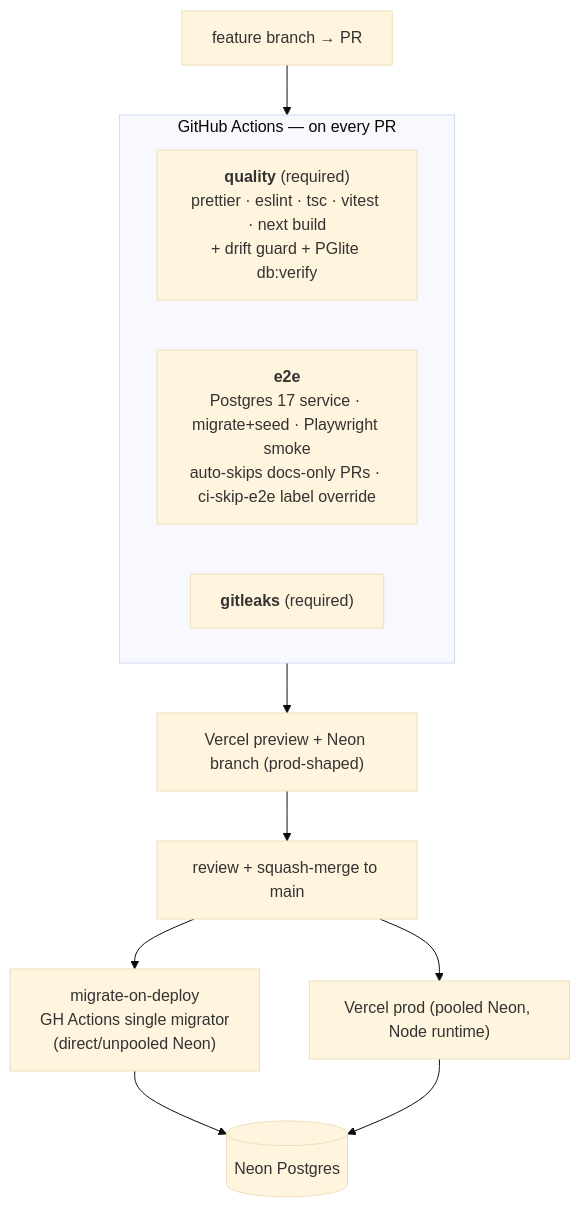
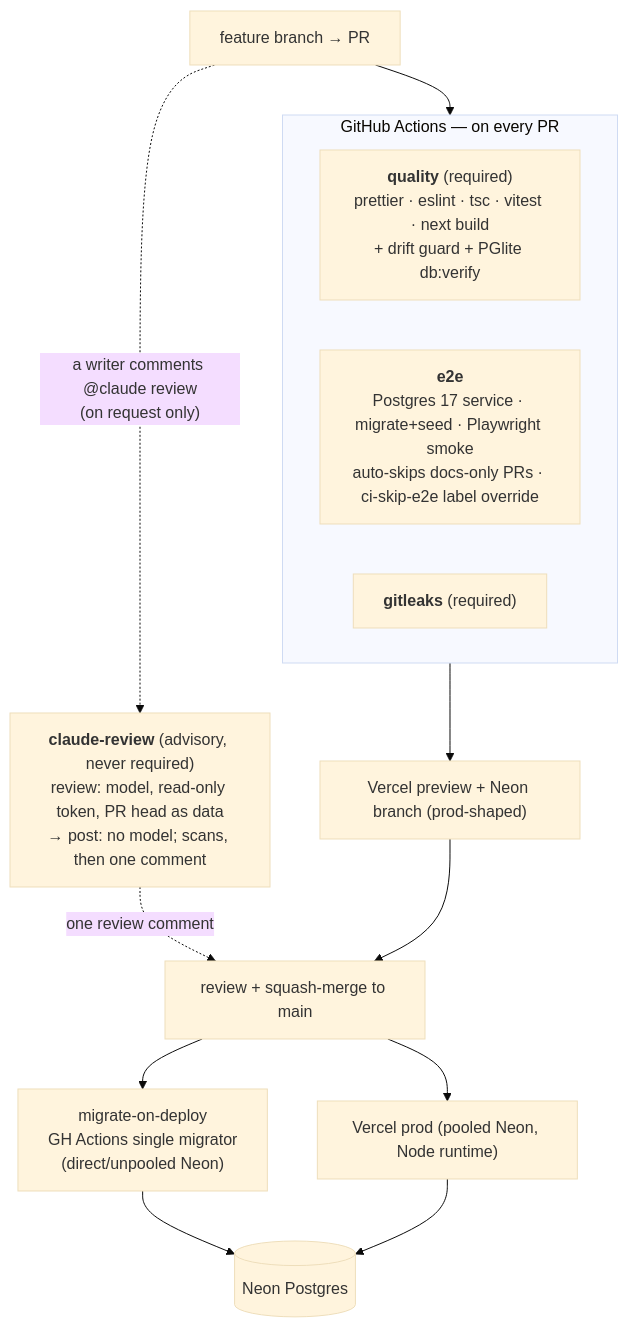
Before and after one commit to ralamode/mat-plan: the ninth of 11 diagrams in docs/architecture.md, drawn with Mermaid (base theme). The commit also changed 13 other files, not shown here.

First line of the commit message:
fix(dx-1): review round — SIGPIPE misread, incomplete-run banner, real head-moved test, docs

````diff
--- a/docs/architecture.md
+++ b/docs/architecture.md
@@ -247,15 +247,17 @@
 ```mermaid
 flowchart TB
   DEV["feature branch → PR"] --> CI
   subgraph CI["GitHub Actions — on every PR"]
     Q["<b>quality</b> (required)<br/>prettier · eslint · tsc · vitest · next build<br/>+ drift guard + PGlite db:verify"]
     E["<b>e2e</b><br/>Postgres 17 service · migrate+seed · Playwright smoke<br/>auto-skips docs-only PRs · ci-skip-e2e label override"]
     G["<b>gitleaks</b> (required)"]
   end
   CI --> PREV["Vercel preview + Neon branch (prod-shaped)"]
+  DEV -. "a writer comments @claude review<br/>(on request only)" .-> CR["<b>claude-review</b> (advisory, never required)<br/>review: model, read-only token, PR head as data<br/>→ post: no model; scans, then one comment"]
+  CR -. "one review comment" .-> REV
   PREV --> REV["review + squash-merge to main"]
   REV --> MIG["migrate-on-deploy<br/>GH Actions single migrator<br/>(direct/unpooled Neon)"]
   REV --> PROD["Vercel prod (pooled Neon, Node runtime)"]
   MIG --> NEON[("Neon Postgres")]
   PROD --> NEON
 ```
````
